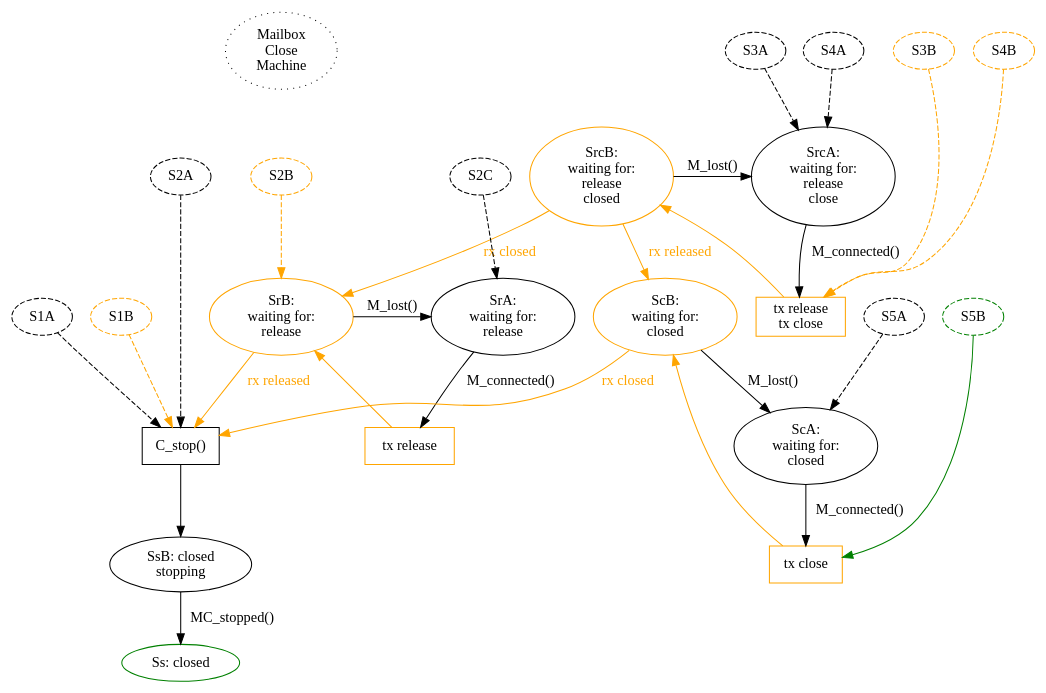
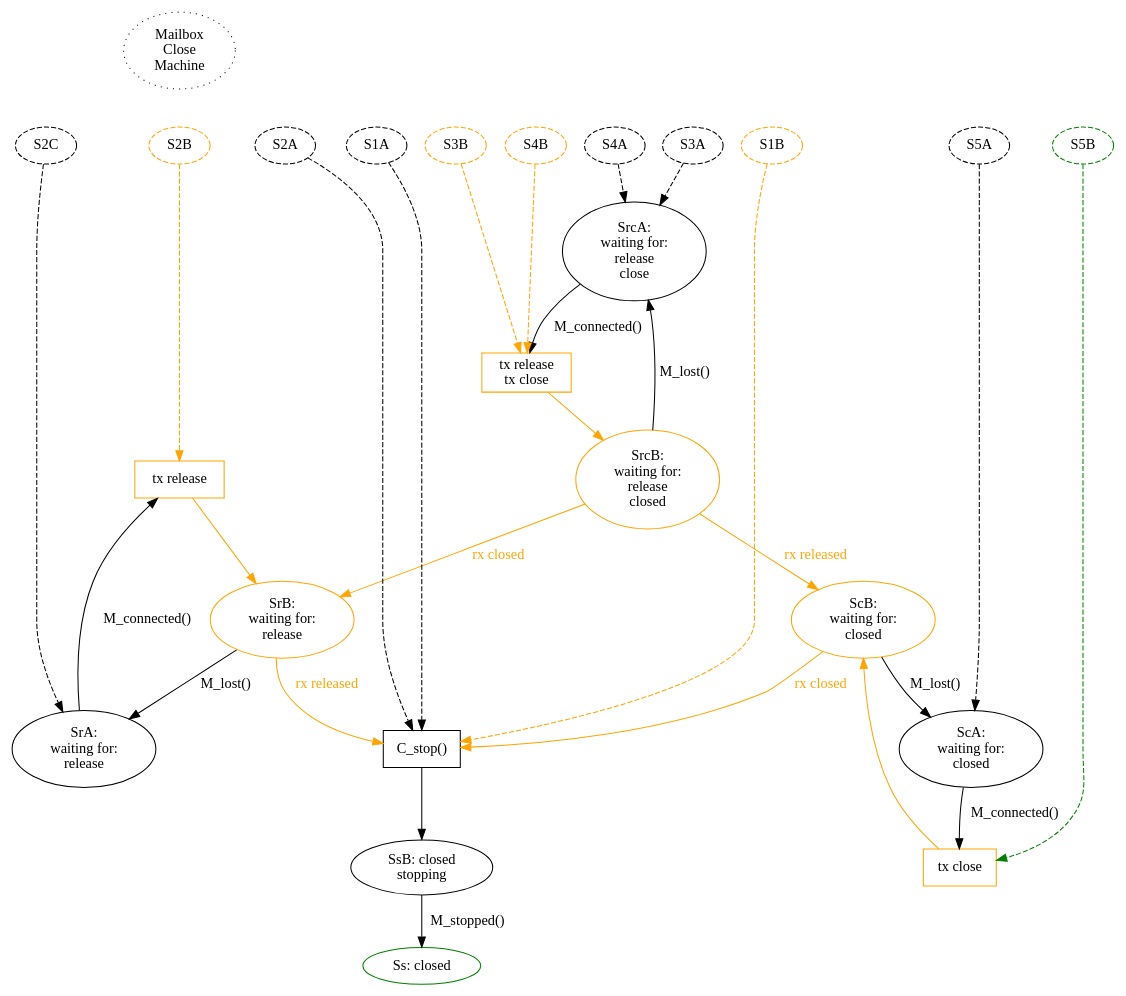
The diagram in docs/w3.dot (magic-wormhole/magic-wormhole), drawn with Graphviz before and after one commit. The commit also changed 1 other file, not shown here.

```diff
--- a/docs/w3.dot
+++ b/docs/w3.dot
@@ -1,78 +1,74 @@
 digraph {
         /* M_close pathways */
         MC_title [label="Mailbox\nClose\nMachine" style="dotted"]
         MC_title -> MC_S2B [style="invis"]
 
         /* All dashed states are from the main Mailbox Machine diagram, and
         all dashed lines indicate M_close() pathways in from those states.
         Within this graph, all M_close() events leave the state unchanged. */
 
-        {rank=same; MC_SrA MC_SrB}
         MC_SrA [label="SrA:\nwaiting for:\nrelease"]
         MC_SrA -> MC_Pr [label="M_connected()"]
         MC_Pr [shape="box" label="tx release" color="orange"]
         MC_Pr -> MC_SrB [color="orange"]
         MC_SrB [label="SrB:\nwaiting for:\nrelease" color="orange"]
         MC_SrB -> MC_SrA [label="M_lost()"]
         MC_SrB -> MC_P_stop [label="rx released" color="orange" fontcolor="orange"]
 
-        /*{rank=same; MC_ScA MC_ScB}*/
         MC_ScA [label="ScA:\nwaiting for:\nclosed"]
         MC_ScA -> MC_Pc [label="M_connected()"]
         MC_Pc [shape="box" label="tx close" color="orange"]
         MC_Pc -> MC_ScB [color="orange"]
         MC_ScB [label="ScB:\nwaiting for:\nclosed" color="orange"]
         MC_ScB -> MC_ScA [label="M_lost()"]
         MC_ScB -> MC_P_stop [label="rx closed" color="orange" fontcolor="orange"]
 
-        {rank=same; MC_SrcA MC_SrcB}
         MC_SrcA [label="SrcA:\nwaiting for:\nrelease\nclose"]
         MC_SrcA -> MC_Prc [label="M_connected()"]
         MC_Prc [shape="box" label="tx release\ntx close" color="orange"]
         MC_Prc -> MC_SrcB [color="orange"]
         MC_SrcB [label="SrcB:\nwaiting for:\nrelease\nclosed" color="orange"]
         MC_SrcB -> MC_SrcA [label="M_lost()"]
         MC_SrcB -> MC_ScB [label="rx released" color="orange" fontcolor="orange"]
         MC_SrcB -> MC_SrB [label="rx closed" color="orange" fontcolor="orange"]
 
 
         MC_P_stop [shape="box" label="C_stop()"]
         MC_P_stop -> MC_SsB
 
-        MC_SsB -> MC_Ss [label="MC_stopped()"]
+        MC_SsB -> MC_Ss [label="M_stopped()"]
         MC_SsB [label="SsB: closed\nstopping"]
 
         MC_Ss [label="Ss: closed" color="green"]
 
 
+        {rank=same; MC_S2A MC_S2B MC_S2C MC_S1A MC_S1B MC_S3A MC_S3B MC_S4A MC_S4B MC_S5A MC_S5B}
         MC_S1A [label="S1A" style="dashed"]
         MC_S1A -> MC_P_stop [style="dashed"]
         MC_S1B [label="S1B" color="orange" style="dashed"]
         MC_S1B -> MC_P_stop [style="dashed" color="orange"]
 
-        {rank=same; MC_S2A MC_S2B MC_S2C}
+        MC_S2C -> MC_S2A [style="invis"]
         MC_S2A [label="S2A" style="dashed"]
         MC_S2A -> MC_P_stop [style="dashed"]
         MC_S2C [label="S2C" style="dashed"]
         MC_S2C -> MC_SrA [style="dashed"]
         MC_S2B [label="S2B" color="orange" style="dashed"]
-        MC_S2B -> MC_SrB [color="orange" style="dashed"]
+        MC_S2B -> MC_Pr [color="orange" style="dashed"]
 
-        {rank=same; MC_title MC_S3A MC_S4A MC_S3B MC_S4B}
         MC_S3A [label="S3A" style="dashed"]
         MC_S3B [label="S3B" color="orange" style="dashed"]
         MC_S3A -> MC_SrcA [style="dashed"]
         MC_S3B -> MC_Prc [color="orange" style="dashed"]
 
         MC_S4A [label="S4A" style="dashed"]
         MC_S4B [label="S4B" color="orange" style="dashed"]
         MC_S4A -> MC_SrcA [style="dashed"]
         MC_S4B -> MC_Prc [color="orange" style="dashed"]
 
-        {rank=same; MC_S5A MC_S5B}
         MC_S5A [label="S5A" style="dashed"]
         MC_S5B [label="S5B" color="green" style="dashed"]
         MC_S5A -> MC_ScA [style="dashed"]
-        MC_S5B -> MC_Pc [color="green"]
+        MC_S5B -> MC_Pc [style="dashed" color="green"]
 
 }
```
